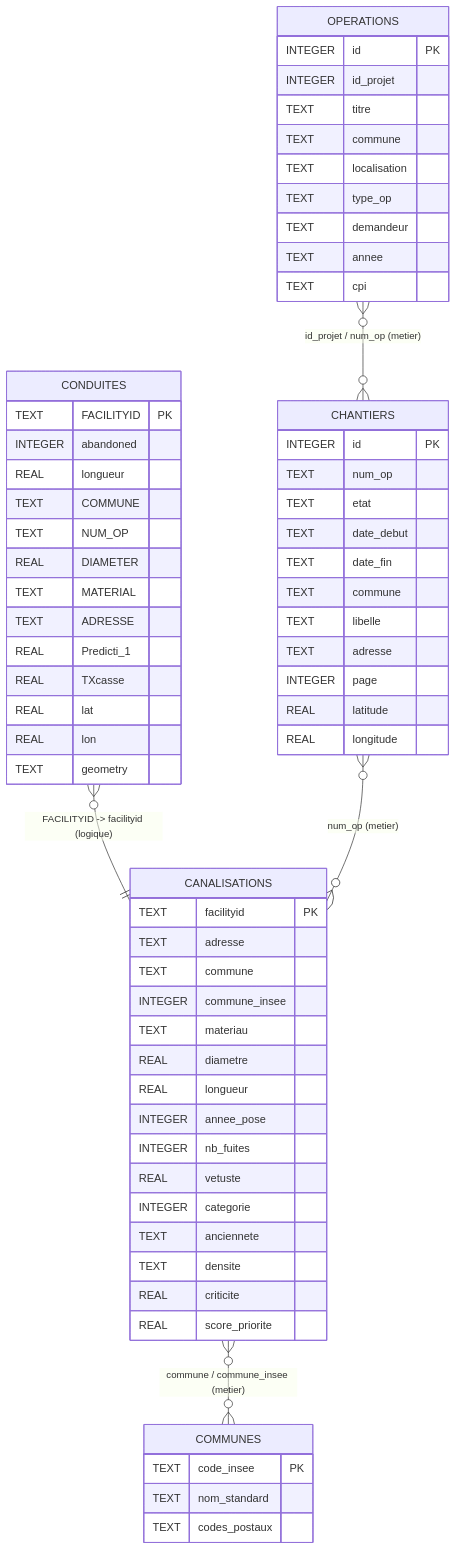
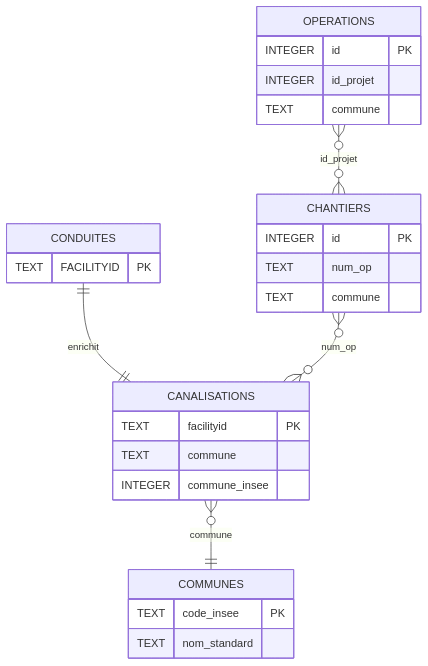
One commit to JulesCinc/RenovTaCana changed the first of 2 diagrams in database/MCD.md. Above: the diagram before and after it, drawn with Mermaid. The commit also changed other lines of this file and 2 other files, not shown here.

````diff
--- a/database/MCD.md
+++ b/database/MCD.md
@@ -25,73 +36,30 @@
 ```mermaid
 erDiagram
     CONDUITES {
         TEXT FACILITYID PK
-        INTEGER abandoned
-        REAL longueur
-        TEXT COMMUNE
-        TEXT NUM_OP
-        REAL DIAMETER
-        TEXT MATERIAL
-        TEXT ADRESSE
-        REAL Predicti_1
-        REAL TXcasse
-        REAL lat
-        REAL lon
-        TEXT geometry
     }
-
     CANALISATIONS {
         TEXT facilityid PK
-        TEXT adresse
         TEXT commune
         INTEGER commune_insee
-        TEXT materiau
-        REAL diametre
-        REAL longueur
-        INTEGER annee_pose
-        INTEGER nb_fuites
-        REAL vetuste
-        INTEGER categorie
-        TEXT anciennete
-        TEXT densite
-        REAL criticite
-        REAL score_priorite
     }
-
+    COMMUNES {
+        TEXT code_insee PK
+        TEXT nom_standard
+    }
     CHANTIERS {
         INTEGER id PK
         TEXT num_op
-        TEXT etat
-        TEXT date_debut
-        TEXT date_fin
         TEXT commune
-        TEXT libelle
-        TEXT adresse
-        INTEGER page
-        REAL latitude
-        REAL longitude
     }
-
-    COMMUNES {
-        TEXT code_insee PK
-        TEXT nom_standard
-        TEXT codes_postaux
-    }
-
     OPERATIONS {
         INTEGER id PK
         INTEGER id_projet
-        TEXT titre
         TEXT commune
-        TEXT localisation
-        TEXT type_op
-        TEXT demandeur
-        TEXT annee
-        TEXT cpi
     }
 
-    CONDUITES }o--|| CANALISATIONS : "FACILITYID -> facilityid (logique)"
-    CHANTIERS }o--o{ CANALISATIONS : "num_op (metier)"
-    OPERATIONS }o--o{ CHANTIERS : "id_projet / num_op (metier)"
-    CANALISATIONS }o--o{ COMMUNES : "commune / commune_insee (metier)"
+    CONDUITES ||--|| CANALISATIONS : "enrichit"
+    CANALISATIONS }o--|| COMMUNES : "commune"
+    CHANTIERS }o--o{ CANALISATIONS : "num_op"
+    OPERATIONS }o--o{ CHANTIERS : "id_projet"
 ```
````
